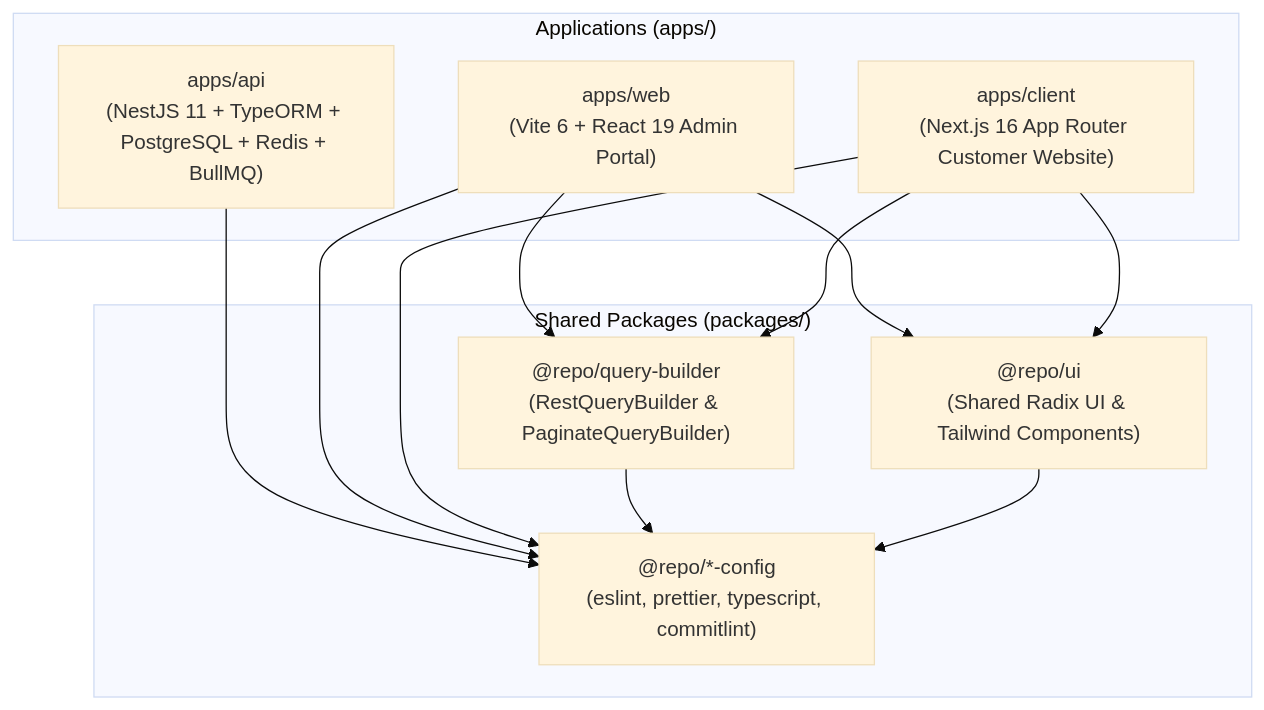
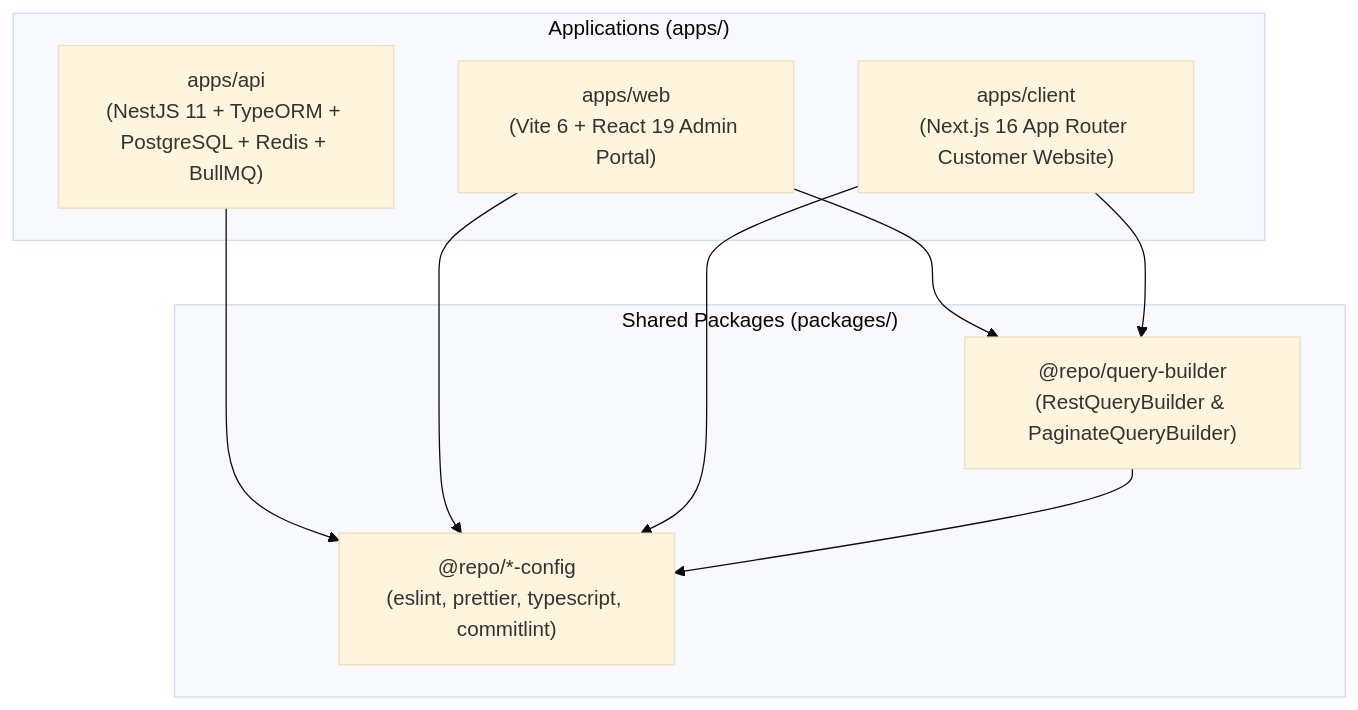
Before and after one commit to crodic/monorepo: the diagram in .agents/skills/monorepo-development/SKILL.md, drawn with Mermaid (base theme). The commit also changed other lines of this file and 11 other files, not shown here.

````diff
--- a/.agents/skills/monorepo-development/SKILL.md
+++ b/.agents/skills/monorepo-development/SKILL.md
@@ -14,24 +14,20 @@
 ```mermaid
 graph TD
     subgraph Apps ["Applications (apps/)"]
         API["apps/api\n(NestJS 11 + TypeORM + PostgreSQL + Redis + BullMQ)"]
         WEB["apps/web\n(Vite 6 + React 19 Admin Portal)"]
         CLIENT["apps/client\n(Next.js 16 App Router Customer Website)"]
     end
 
     subgraph Packages ["Shared Packages (packages/)"]
         QB["@repo/query-builder\n(RestQueryBuilder & PaginateQueryBuilder)"]
-        UI["@repo/ui\n(Shared Radix UI & Tailwind Components)"]
         CONF["@repo/*-config\n(eslint, prettier, typescript, commitlint)"]
     end
 
     API --> CONF
     WEB --> QB
-    WEB --> UI
     WEB --> CONF
     CLIENT --> QB
-    CLIENT --> UI
     CLIENT --> CONF
     QB --> CONF
-    UI --> CONF
 ```
````
